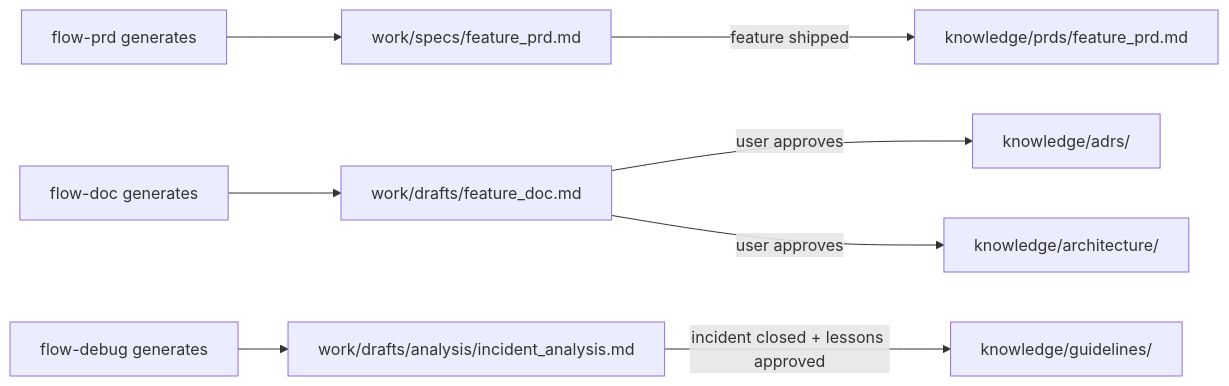
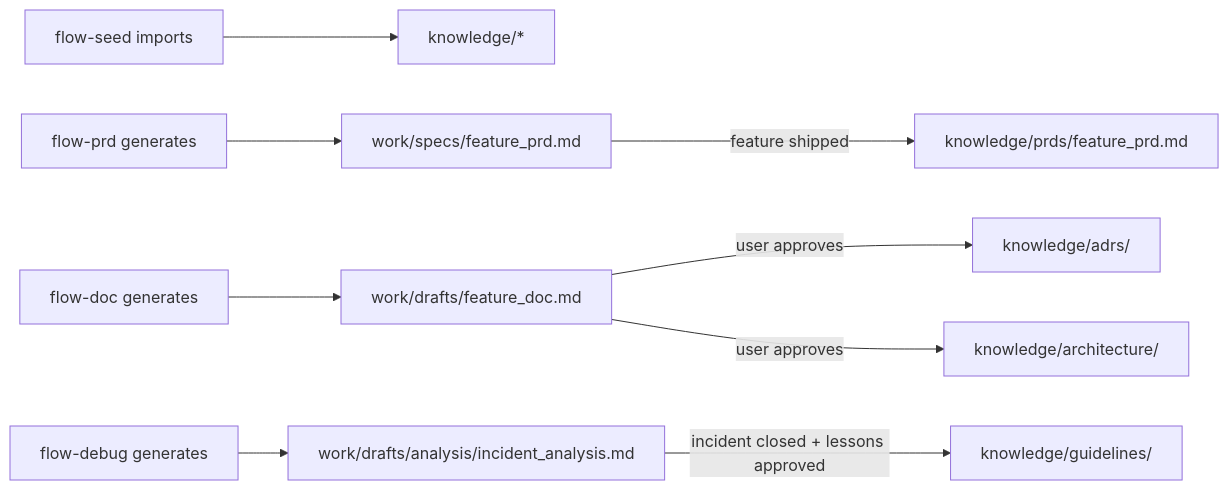
Before and after one commit to viniciuscarneiro/ai-dev-flow: the third of 3 diagrams in README.md, drawn with Mermaid. The commit also changed other lines of this file and 15 other files, not shown here.

First line of the commit message:
Add /flow-seed onboarding and PRD knowledge soft gate (#10)

````diff
--- a/README.md
+++ b/README.md
@@ -188,12 +191,13 @@
 ```mermaid
 graph LR
+    K["flow-seed imports"] --> L["knowledge/*"]
     A["flow-prd generates"] --> B["work/specs/feature_prd.md"]
     B -->|"feature shipped"| C["knowledge/prds/feature_prd.md"]
 
     D["flow-doc generates"] --> E["work/drafts/feature_doc.md"]
     E -->|"user approves"| F["knowledge/adrs/"]
     E -->|"user approves"| G["knowledge/architecture/"]
 
     H["flow-debug generates"] --> I["work/drafts/analysis/incident_analysis.md"]
     I -->|"incident closed + lessons approved"| J["knowledge/guidelines/"]
 ```
````
